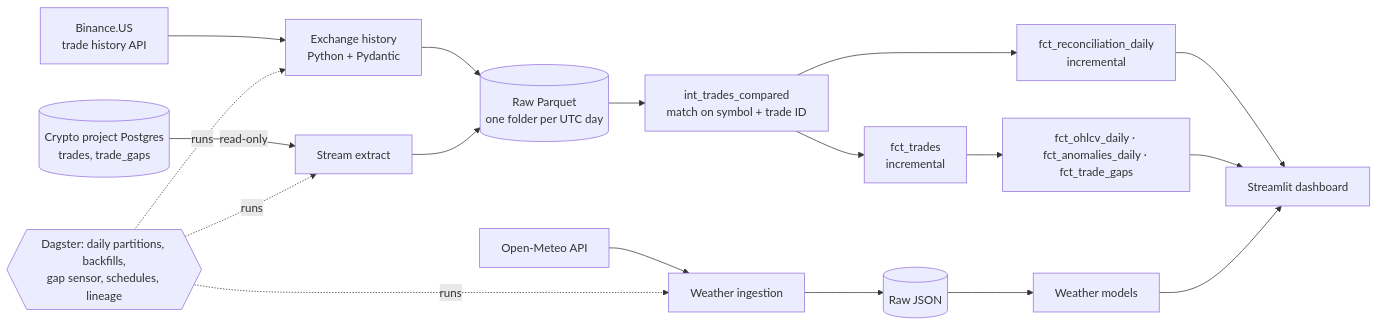
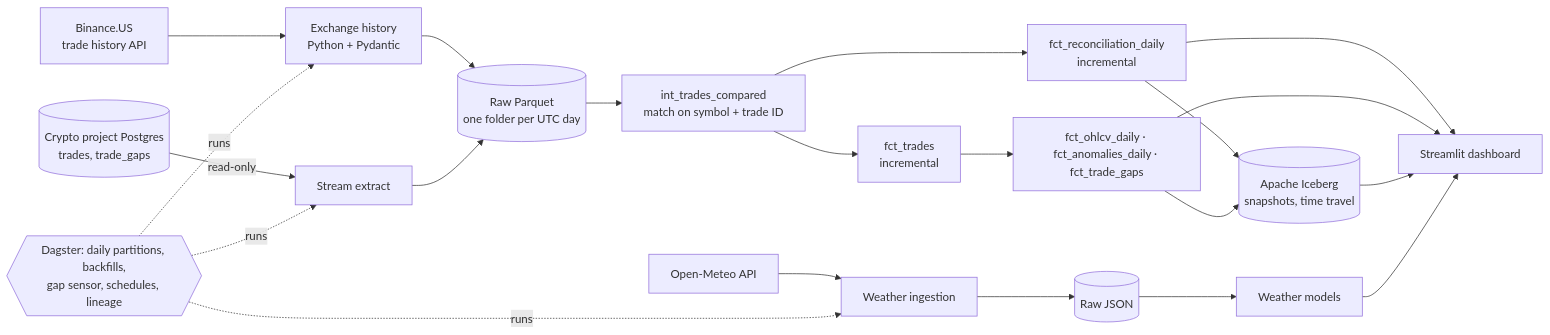
Before and after one commit to tanmayee043/lakehouse-pipeline: the diagram in README.md, drawn with Mermaid. The commit also changed other lines of this file and 18 other files, not shown here.

Commit message:
Publish the crypto marts as Iceberg tables with time travel

````diff
--- a/README.md
+++ b/README.md
@@ -29,18 +29,21 @@
 ```mermaid
 flowchart LR
     BX[Binance.US<br/>trade history API] --> XH[Exchange history<br/>Python + Pydantic]
     P1[(Crypto project Postgres<br/>trades, trade_gaps)] -- read-only --> SX[Stream extract]
     XH --> RC[(Raw Parquet<br/>one folder per UTC day)]
     SX --> RC
     RC --> CMP[int_trades_compared<br/>match on symbol + trade ID]
     CMP --> FT[fct_trades<br/>incremental]
     CMP --> REC[fct_reconciliation_daily<br/>incremental]
     FT --> GOLD[fct_ohlcv_daily · fct_anomalies_daily · fct_trade_gaps]
     OM[Open-Meteo API] --> WI[Weather ingestion] --> RJ[(Raw JSON)] --> WM[Weather models]
+    REC --> ICE[(Apache Iceberg<br/>snapshots, time travel)]
+    GOLD --> ICE
     REC --> DASH[Streamlit dashboard]
     GOLD --> DASH
+    ICE --> DASH
     WM --> DASH
     DAG{{Dagster: daily partitions, backfills,<br/>gap sensor, schedules, lineage}} -.runs.-> XH
     DAG -.runs.-> SX
     DAG -.runs.-> WI
 ```
````
